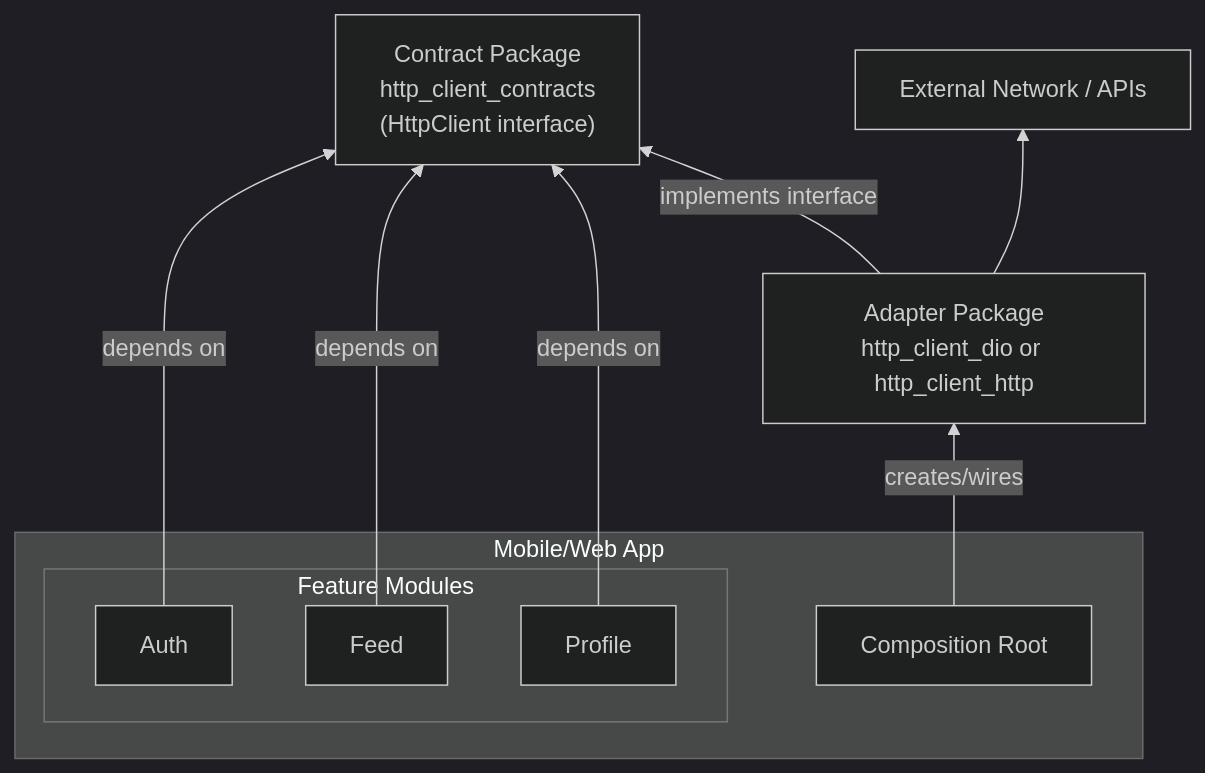
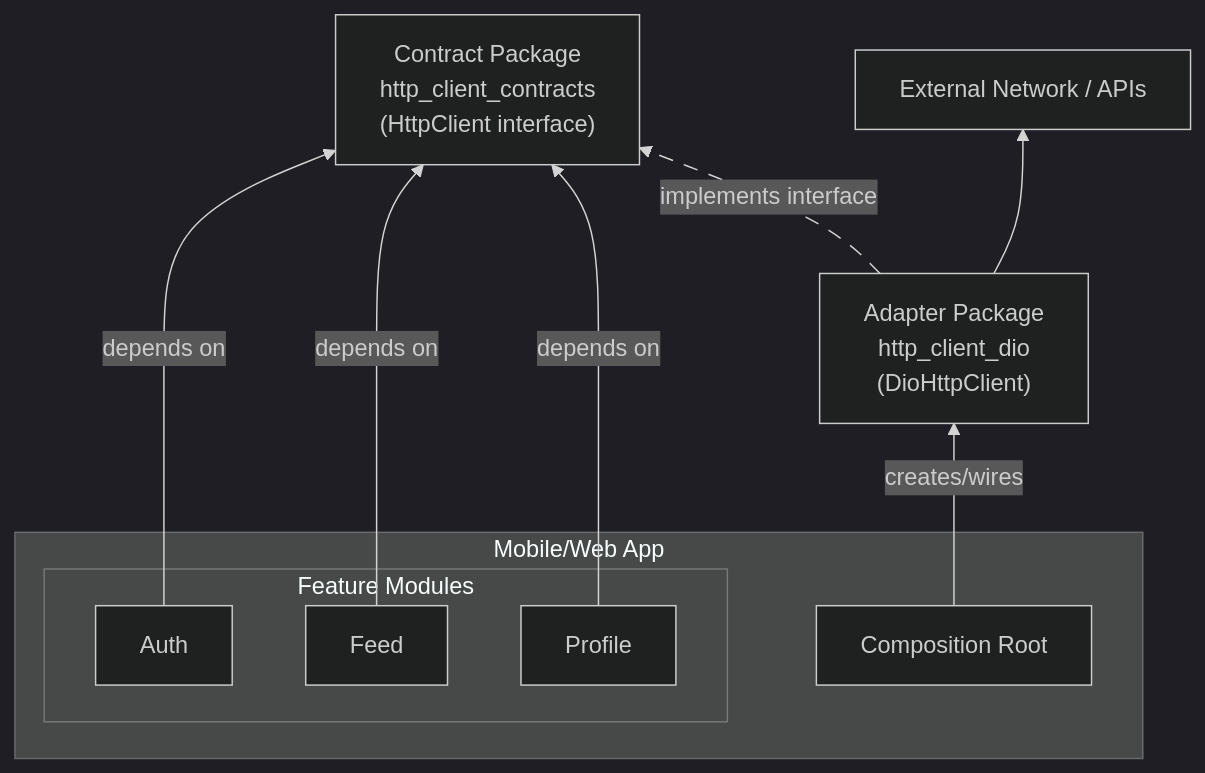
The diagram in README.md (haashem/http-client-contracts), drawn with Mermaid (dark theme) before and after one commit. The commit also changed other lines of this file and 4 other files, not shown here.

Commit message:
docs: update readme diagram image

````diff
--- a/README.md
+++ b/README.md
@@ -20,23 +20,25 @@
 ```mermaid
 flowchart BT
   subgraph App["Mobile/Web App"]
     CR["Composition Root"]
     subgraph Mods["Feature Modules"]
       A["Auth"]
       F["Feed"]
       P["Profile"]
     end
   end
 
   CP["Contract Package<br/>http_client_contracts<br/>(HttpClient interface)"]
-  AD["Adapter Package<br/>http_client_dio or http_client_http"]
+  AD["Adapter Package<br/>http_client_dio<br/>(DioHttpClient)"]
   NET["External Network / APIs"]
 
   A -->|"depends on"| CP
   F -->|"depends on"| CP
   P -->|"depends on"| CP
   AD -->|"implements interface"| CP
 
   CR -->|"creates/wires"| AD
   AD --> NET
+
+  linkStyle 3 stroke-dasharray: 10 8
 ```
````
